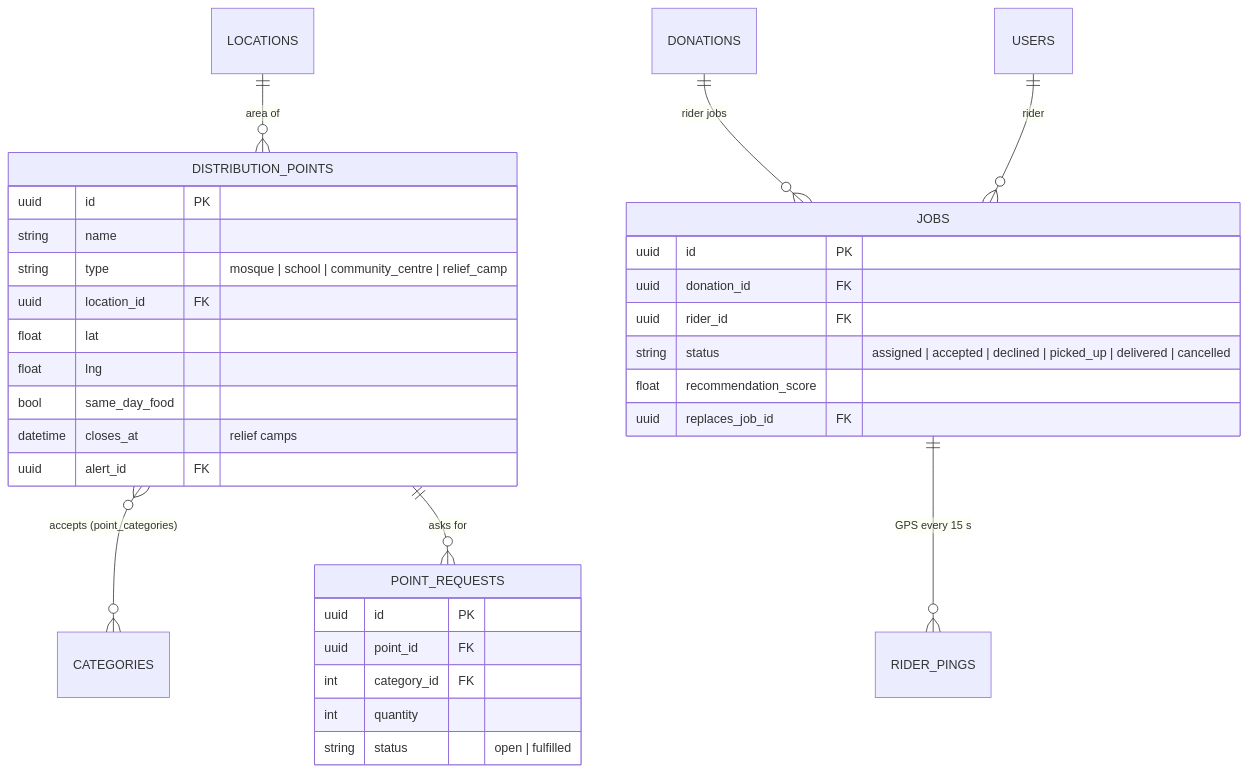
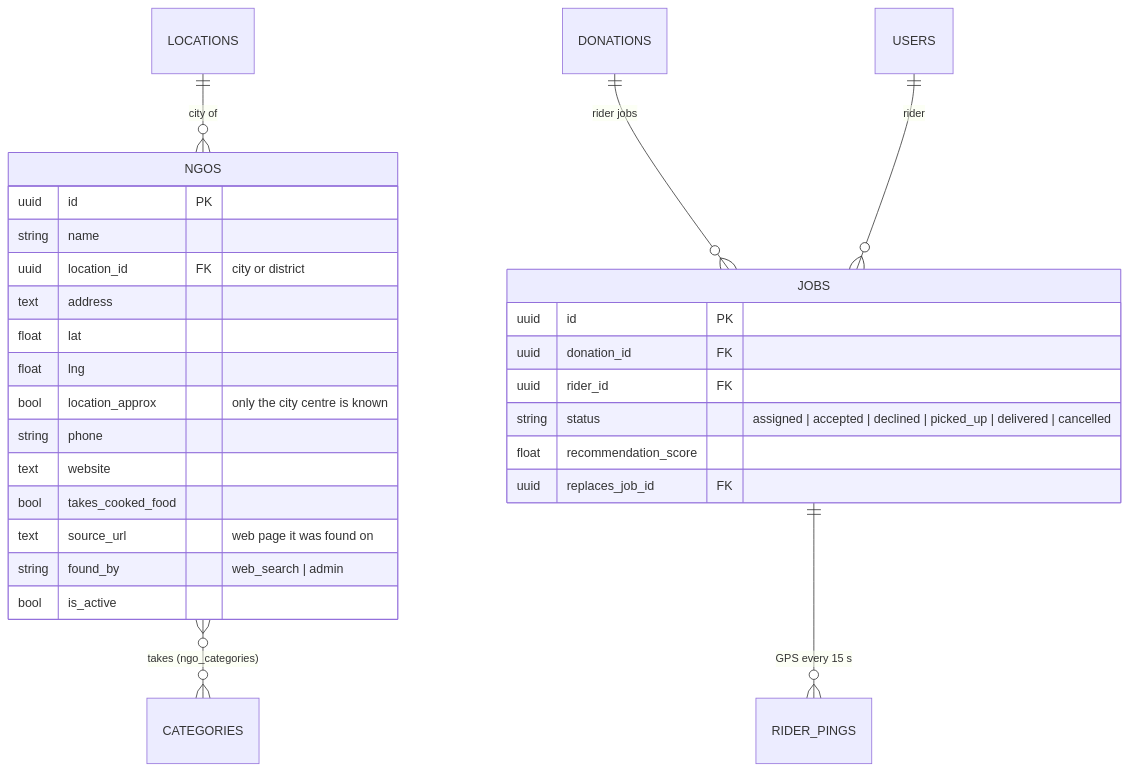
One commit to AliRaza171-cloud/raazicid changed the third of 5 diagrams in docs/ERD.md. Above: the diagram before and after it, drawn with Mermaid. The commit also changed other lines of this file and 69 other files, not shown here.

First line of the commit message:
NGOs replace distribution points, relief camps and hand-outs

````diff
--- a/docs/ERD.md
+++ b/docs/ERD.md
@@ -132,36 +122,32 @@
 ```mermaid
 erDiagram
-    LOCATIONS ||--o{ DISTRIBUTION_POINTS : "area of"
-    DISTRIBUTION_POINTS }o--o{ CATEGORIES : "accepts (point_categories)"
+    LOCATIONS ||--o{ NGOS : "city of"
+    NGOS }o--o{ CATEGORIES : "takes (ngo_categories)"
     DONATIONS ||--o{ JOBS : "rider jobs"
     USERS ||--o{ JOBS : "rider"
     JOBS ||--o{ RIDER_PINGS : "GPS every 15 s"
-    DISTRIBUTION_POINTS ||--o{ POINT_REQUESTS : "asks for"
 
-    DISTRIBUTION_POINTS {
+    NGOS {
         uuid id PK
         string name
-        string type "mosque | school | community_centre | relief_camp"
-        uuid location_id FK
+        uuid location_id FK "city or district"
+        text address
         float lat
         float lng
-        bool same_day_food
-        datetime closes_at "relief camps"
-        uuid alert_id FK
+        bool location_approx "only the city centre is known"
+        string phone
+        text website
+        bool takes_cooked_food
+        text source_url "web page it was found on"
+        string found_by "web_search | admin"
+        bool is_active
     }
     JOBS {
         uuid id PK
         uuid donation_id FK
         uuid rider_id FK
         string status "assigned | accepted | declined | picked_up | delivered | cancelled"
         float recommendation_score
         uuid replaces_job_id FK
     }
-    POINT_REQUESTS {
-        uuid id PK
-        uuid point_id FK
-        int category_id FK
-        int quantity
-        string status "open | fulfilled"
-    }
 ```
````
